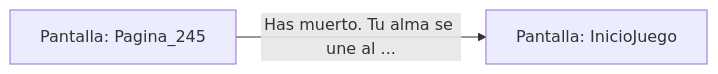
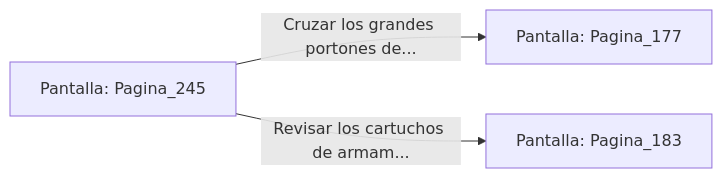
The diagram in sample/eligejuego-vault/Pantalla_Pagina_245.md (metsuke/mpl), drawn with Mermaid before and after one commit. The commit also changed other lines of this file and 635 other files, not shown here.

First line of the commit message:
fix: añadir Pagina_1 como pantalla inicial en capitulo_01.mpl

````diff
--- a/sample/eligejuego-vault/Pantalla_Pagina_245.md
+++ b/sample/eligejuego-vault/Pantalla_Pagina_245.md
@@ -17,5 +24,6 @@
 ```mermaid
 graph LR
     P_Pagina_245["Pantalla: Pagina_245"]
-    P_Pagina_245 -->|"Has muerto. Tu alma se une al ..."| P_InicioJuego["Pantalla: InicioJuego"]
+    P_Pagina_245 -->|"Cruzar los grandes portones de..."| P_Pagina_177["Pantalla: Pagina_177"]
+    P_Pagina_245 -->|"Revisar los cartuchos de armam..."| P_Pagina_183["Pantalla: Pagina_183"]
 ```
````
